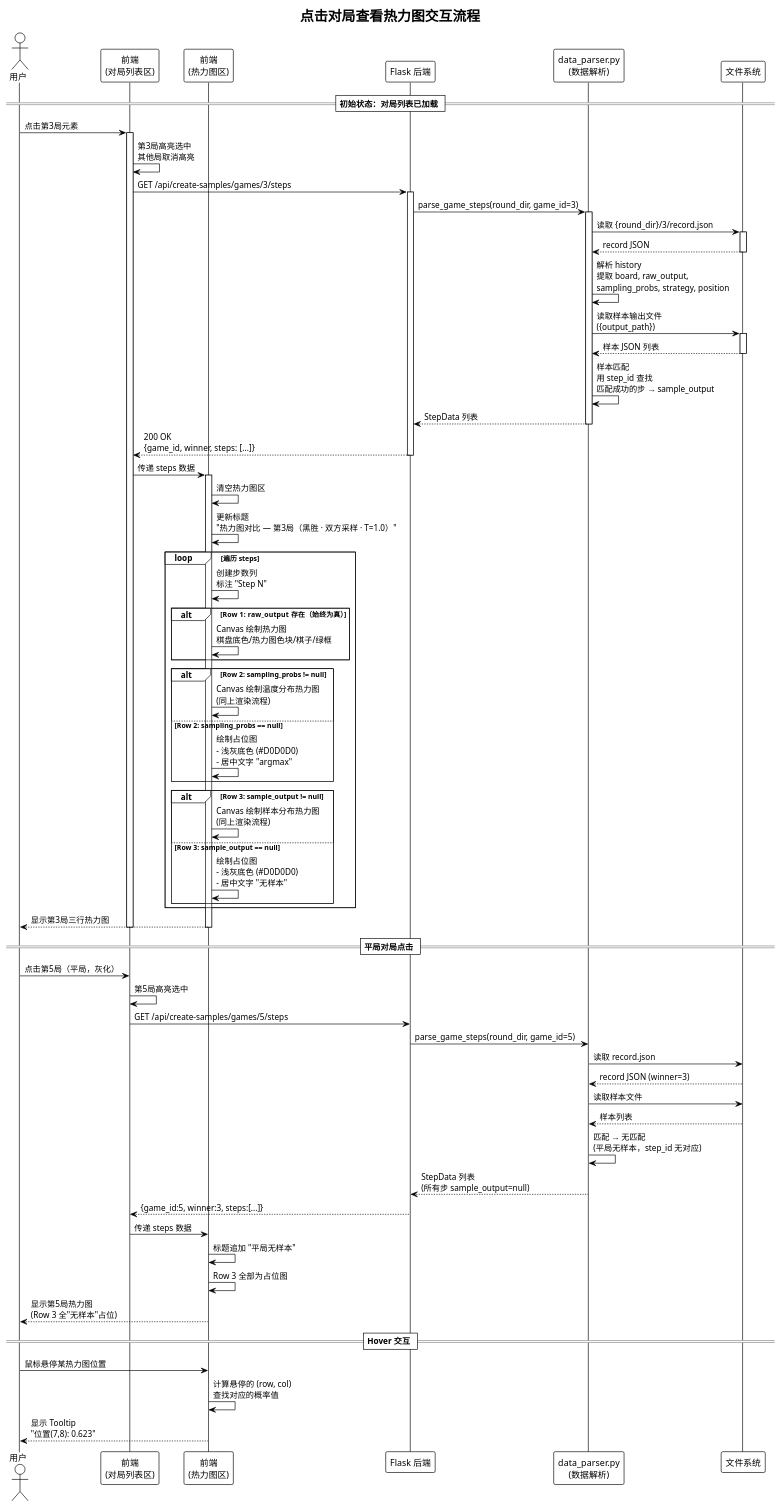
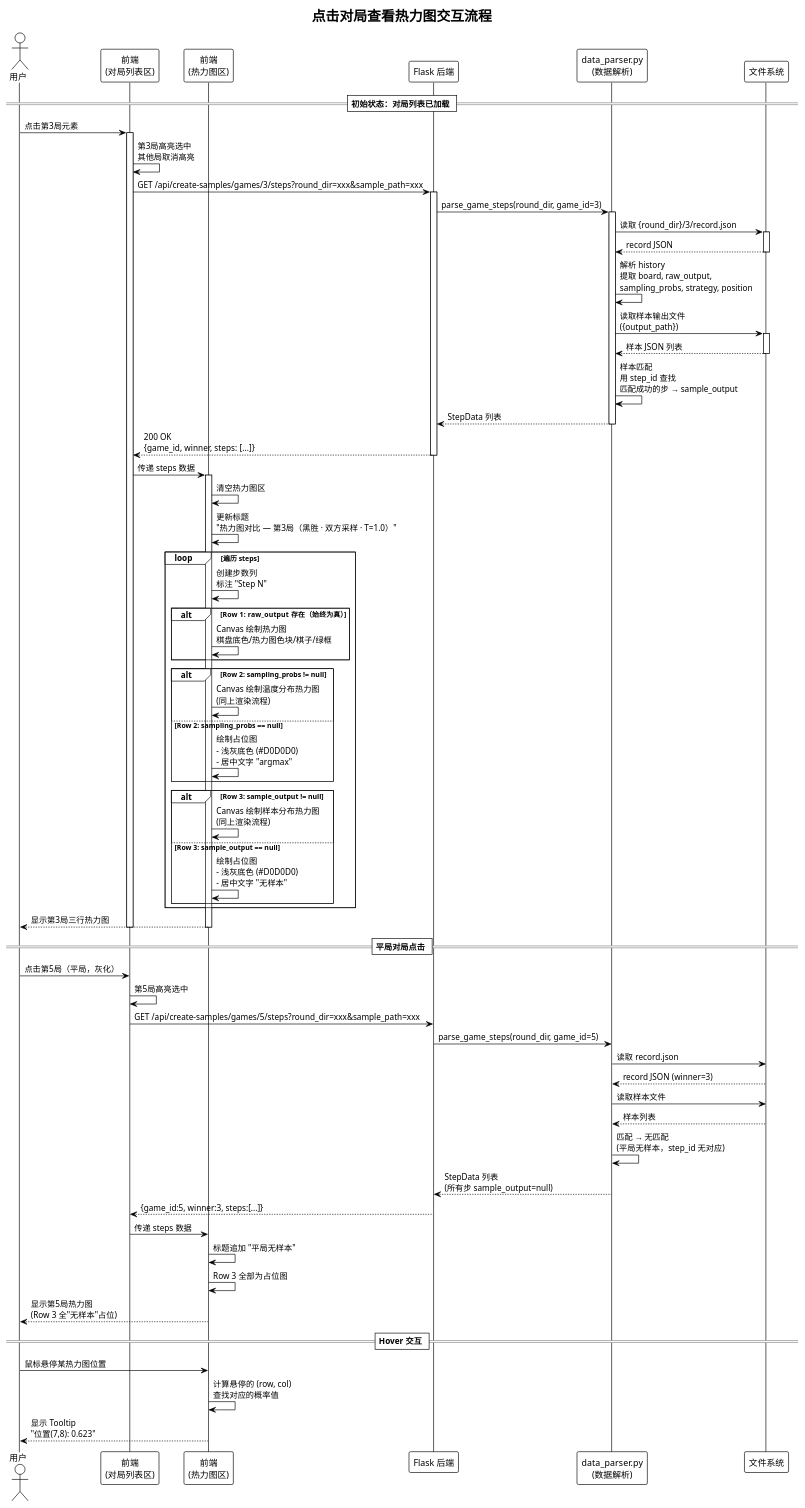
The diagram in design/1/game_click_flow.puml (nanhao/gomoku), drawn with PlantUML before and after one commit. The commit also changed 3 other files, not shown here.

```diff
--- a/design/1/game_click_flow.puml
+++ b/design/1/game_click_flow.puml
@@ -1,104 +1,104 @@
 @startuml game_click_flow
 !theme plain
 skinparam defaultFontName Microsoft YaHei,SimHei,SimSun,sans-serif
 skinparam sequenceMessageFontName Microsoft YaHei,SimHei,SimSun,sans-serif
 title 点击对局查看热力图交互流程
 
 actor 用户 as User
 participant "前端\n(对局列表区)" as GL
 participant "前端\n(热力图区)" as HM
 participant "Flask 后端" as BE
 participant "data_parser.py\n(数据解析)" as DP
 participant "文件系统" as FS
 
 == 初始状态：对局列表已加载 ==
 
 User -> GL: 点击第3局元素
 activate GL
 
 GL -> GL: 第3局高亮选中\n其他局取消高亮
 
-GL -> BE: GET /api/create-samples/games/3/steps
+GL -> BE: GET /api/create-samples/games/3/steps?round_dir=xxx&sample_path=xxx
 activate BE
 
 BE -> DP: parse_game_steps(round_dir, game_id=3)
 activate DP
 
 DP -> FS: 读取 {round_dir}/3/record.json
 activate FS
 FS --> DP: record JSON
 deactivate FS
 
 DP -> DP: 解析 history\n提取 board, raw_output,\nsampling_probs, strategy, position
 
 DP -> FS: 读取样本输出文件\n({output_path})
 activate FS
 FS --> DP: 样本 JSON 列表
 deactivate FS
 
 DP -> DP: 样本匹配\n用 step_id 查找\n匹配成功的步 → sample_output
 
 DP --> BE: StepData 列表
 deactivate DP
 
 BE --> GL: 200 OK\n{game_id, winner, steps: [...]}
 deactivate BE
 
 GL -> HM: 传递 steps 数据
 activate HM
 
 HM -> HM: 清空热力图区
 
 HM -> HM: 更新标题\n"热力图对比 — 第3局（黑胜 · 双方采样 · T=1.0）"
 
 loop 遍历 steps
     HM -> HM: 创建步数列\n标注 "Step N"
 
     alt Row 1: raw_output 存在（始终为真）
         HM -> HM: Canvas 绘制热力图\n棋盘底色/热力图色块/棋子/绿框
     end
 
     alt Row 2: sampling_probs != null
         HM -> HM: Canvas 绘制温度分布热力图\n(同上渲染流程)
     else Row 2: sampling_probs == null
         HM -> HM: 绘制占位图\n- 浅灰底色 (#D0D0D0)\n- 居中文字 "argmax"
     end
 
     alt Row 3: sample_output != null
         HM -> HM: Canvas 绘制样本分布热力图\n(同上渲染流程)
     else Row 3: sample_output == null
         HM -> HM: 绘制占位图\n- 浅灰底色 (#D0D0D0)\n- 居中文字 "无样本"
     end
 end
 
 HM --> User: 显示第3局三行热力图
 
 deactivate HM
 deactivate GL
 
 == 平局对局点击 ==
 
 User -> GL: 点击第5局（平局，灰化）
 GL -> GL: 第5局高亮选中
-GL -> BE: GET /api/create-samples/games/5/steps
+GL -> BE: GET /api/create-samples/games/5/steps?round_dir=xxx&sample_path=xxx
 BE -> DP: parse_game_steps(round_dir, game_id=5)
 DP -> FS: 读取 record.json
 FS --> DP: record JSON (winner=3)
 DP -> FS: 读取样本文件
 FS --> DP: 样本列表
 DP -> DP: 匹配 → 无匹配\n(平局无样本，step_id 无对应)
 DP --> BE: StepData 列表\n(所有步 sample_output=null)
 BE --> GL: {game_id:5, winner:3, steps:[...]}
 
 GL -> HM: 传递 steps 数据
 HM -> HM: 标题追加 "平局无样本"
 HM -> HM: Row 3 全部为占位图
 HM --> User: 显示第5局热力图\n(Row 3 全"无样本"占位)
 
 == Hover 交互 ==
 
 User -> HM: 鼠标悬停某热力图位置
 HM -> HM: 计算悬停的 (row, col)\n查找对应的概率值
 HM --> User: 显示 Tooltip\n"位置(7,8): 0.623"
 
 @enduml
```
